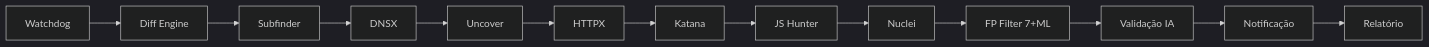
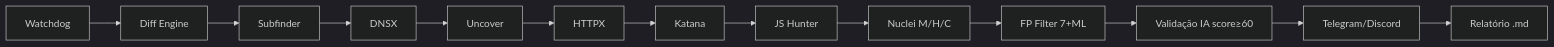
Before and after one commit to lfsp-git/bug-bounty: the second of 2 diagrams in docs/architecture_diagram.md, drawn with Mermaid (dark theme). The commit also changed other lines of this file and 7 other files, not shown here.

````diff
--- a/docs/architecture_diagram.md
+++ b/docs/architecture_diagram.md
@@ -35,15 +36,15 @@
 ```mermaid
 graph LR
     W[Watchdog] --> D[Diff Engine]
     D --> SF[Subfinder]
     SF --> DN[DNSX]
     DN --> UN[Uncover]
     UN --> HX[HTTPX]
     HX --> KT[Katana]
     KT --> JS[JS Hunter]
-    JS --> NU[Nuclei]
+    JS --> NU[Nuclei M/H/C]
     NU --> FP[FP Filter 7+ML]
-    FP --> AI[Validação IA]
-    AI --> NT[Notificação]
-    NT --> RP[Relatório]
+    FP --> AI[Validação IA score≥60]
+    AI --> NT[Telegram/Discord]
+    NT --> RP[Relatório .md]
 ```
````
